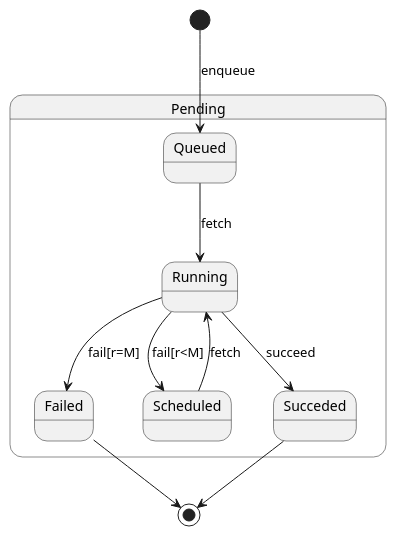
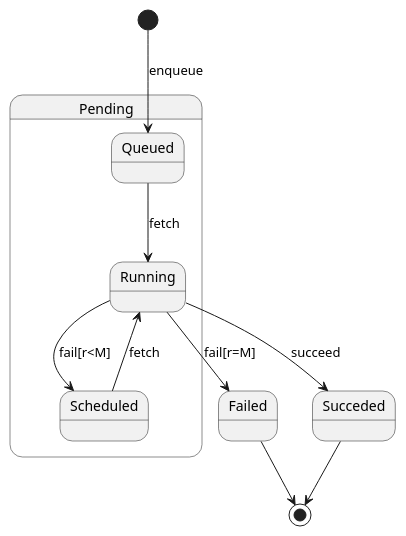
Before and after one commit to orchestracities/ngsi-timeseries-api: the diagram in docs/manuals/rsrc/queue-state.puml, drawn with PlantUML.

Commit message:
move failed and succeed out of "pending"

```diff
--- a/docs/manuals/rsrc/queue-state.puml
+++ b/docs/manuals/rsrc/queue-state.puml
@@ -1,13 +1,13 @@
 @startuml
-
 state Pending {
   Queued --> Running: fetch
   Running --> Scheduled: fail[r<M]
   Scheduled --> Running: fetch
-  Running --> Failed: fail[r=M]
-  Running --> Succeded: succeed
+
 }
+Running --> Failed: fail[r=M]
+Running --> Succeded: succeed
 [*] --> Queued: enqueue
 Succeded --> [*]
 Failed --> [*]
 @enduml
```
